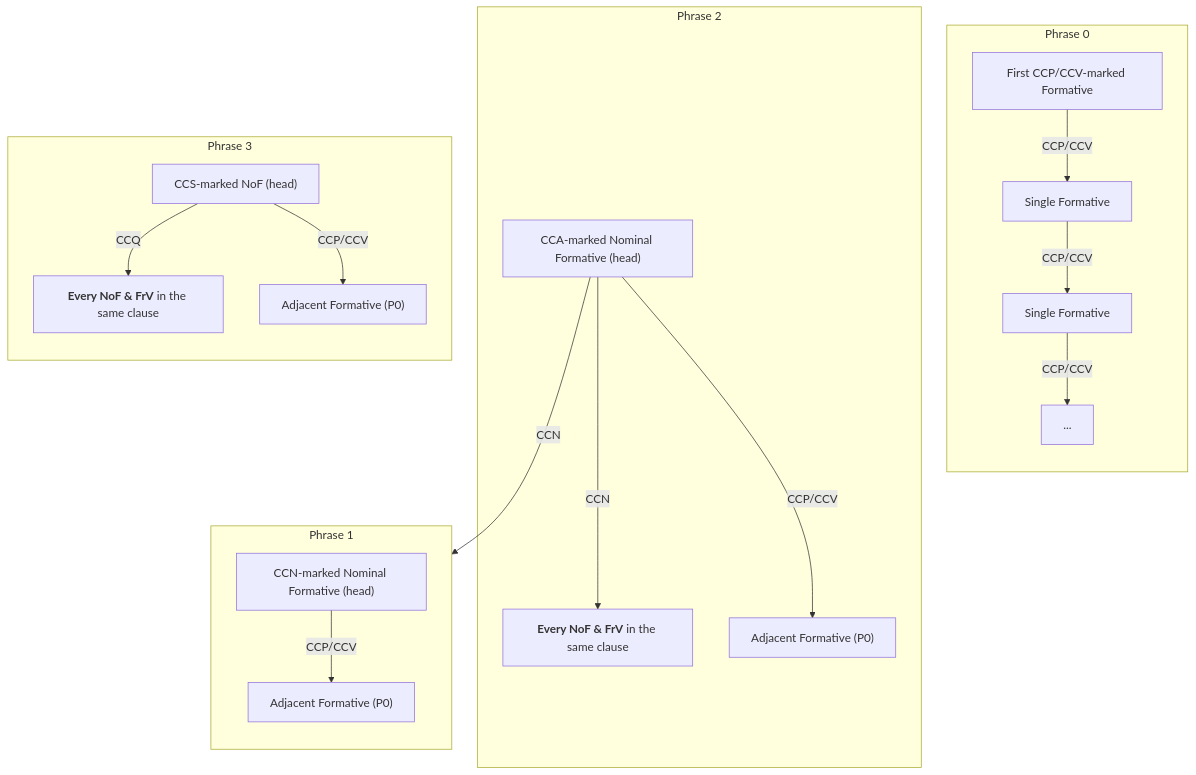
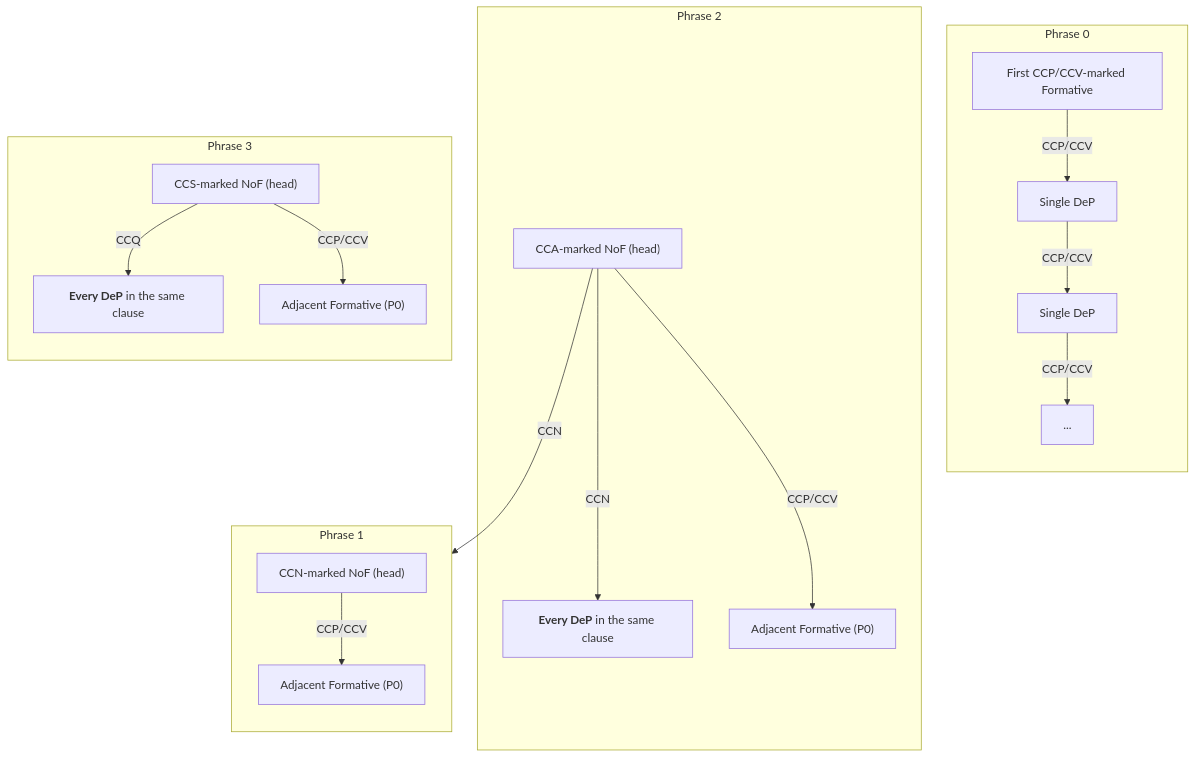
One commit to yuorb/yuorb.github.io changed the fifth of 11 diagrams in src/en/docs/scoping.md. Above: the diagram before and after it, drawn with Mermaid. The commit also changed other lines of this file, not shown here.

````diff
--- a/src/en/docs/scoping.md
+++ b/src/en/docs/scoping.md
@@ -35,33 +224,33 @@
 ```mermaid
 flowchart TB
     subgraph p0["Phrase 0"]
         direction TB
         p0a[First CCP/CCV-marked Formative]
-        p0b[Single Formative]
-        p0c[Single Formative]
+        p0b[Single DeP]
+        p0c[Single DeP]
         p0d[...]
         p0a-->|CCP/CCV|p0b-->|CCP/CCV|p0c-->|CCP/CCV|p0d
     end
     subgraph p2[Phrase 2]
-        p2a["`CCA-marked Nominal Formative (head)`"]
-        p2b["`**Every NoF & FrV** in the same clause`"]
+        p2a["`CCA-marked NoF (head)`"]
+        p2b["`**Every DeP** in the same clause`"]
         p2c["`Adjacent Formative (P0)`"]
         p2a-->|CCN|p2b
         p2a-->|CCP/CCV|p2c
     end
     p2a-->|CCN|p1
     subgraph p1[Phrase 1]
         direction TB
-        p1a["`CCN-marked Nominal Formative (head)`"]
+        p1a["`CCN-marked NoF (head)`"]
         p1b["`Adjacent Formative (P0)`"]
         p1a-->|CCP/CCV|p1b
     end
     subgraph p3["Phrase 3"]
         direction TB
         p3a["`CCS-marked NoF (head)`"]
-        p3b["`**Every NoF & FrV** in the same clause`"]
+        p3b["`**Every DeP** in the same clause`"]
         p3c["Adjacent Formative (P0)"]
         p3a-->|CCQ|p3b
         p3a-->|CCP/CCV|p3c
     end
 ```
````
